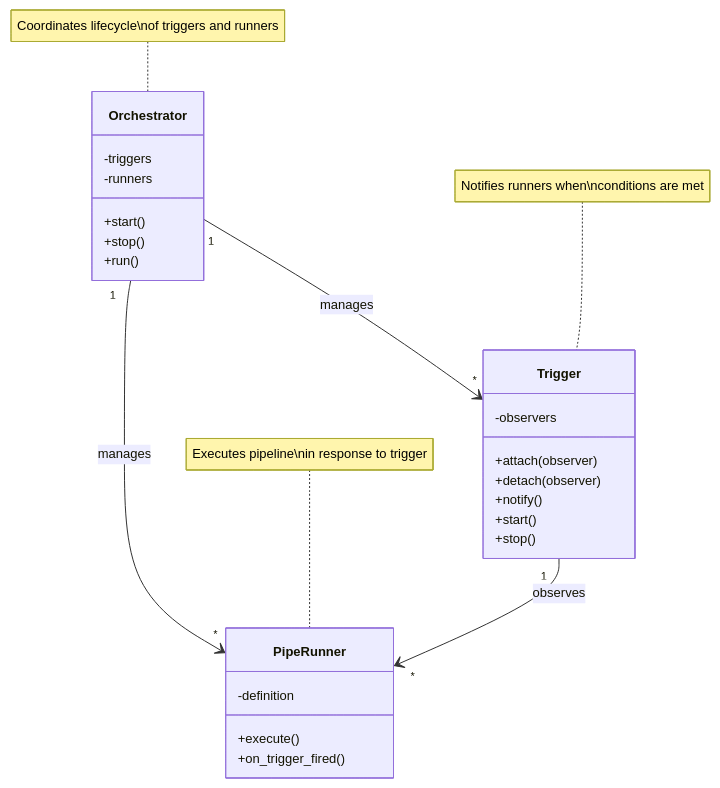
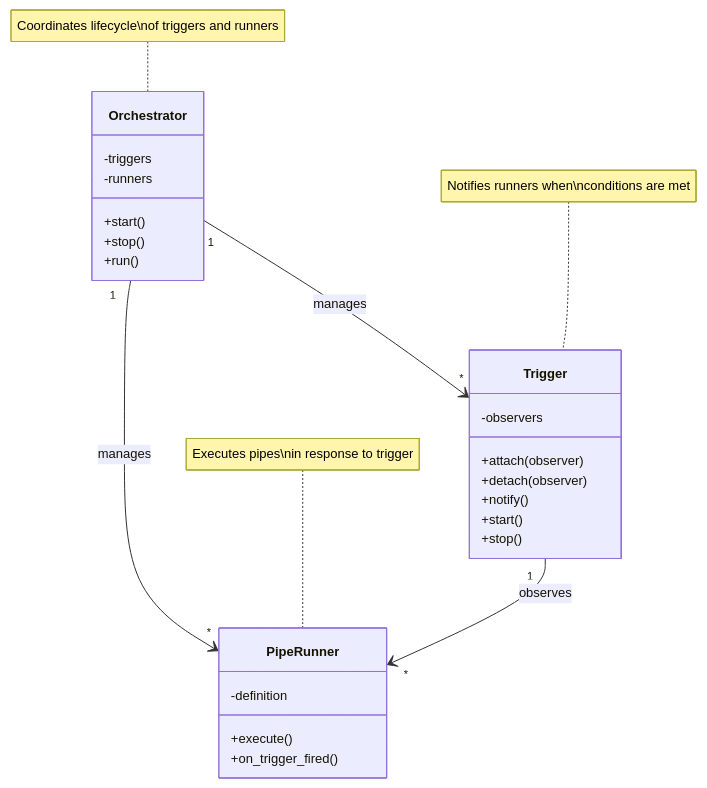
The diagram in docs/docs_src/en/concepts/orchestrator.md (Softoft-Orga/open-ticket-ai), drawn with Mermaid before and after one commit. The commit also changed other lines of this file and 37 other files, not shown here.

Commit message:
refactor: rename pipeline and renderable modules to pipes, update related imports

````diff
--- a/docs/docs_src/en/concepts/orchestrator.md
+++ b/docs/docs_src/en/concepts/orchestrator.md
@@ -30,40 +30,39 @@
 ```mermaid
 %%{init: {
   "classDiagram": { "layout": "elk", "useMaxWidth": false },
   "elk": { "spacing": { "nodeNode": 25, "nodeNodeBetweenLayers": 30 } },
   "themeVariables": { "fontSize": "13px" }
 }}%%
 classDiagram
-direction TD
+    direction TD
 
-  class Orchestrator {
-    +start()
-    +stop()
-    +run()
-    -triggers
-    -runners
-  }
-  
-  class Trigger {
-    +attach(observer)
-    +detach(observer)
-    +notify()
-    +start()
-    +stop()
-    -observers
-  }
-  
-  class PipeRunner {
-    +execute()
-    +on_trigger_fired()
-    -definition
-  }
+    class Orchestrator {
+        +start()
+        +stop()
+        +run()
+        -triggers
+        -runners
+    }
 
-  Orchestrator "1" --> "*" Trigger : manages
-  Orchestrator "1" --> "*" PipeRunner : manages
-  Trigger "1" --> "*" PipeRunner : observes
-  
-  note for Orchestrator "Coordinates lifecycle\nof triggers and runners"
-  note for Trigger "Notifies runners when\nconditions are met"
-  note for PipeRunner "Executes pipeline\nin response to trigger"
+    class Trigger {
+        +attach(observer)
+        +detach(observer)
+        +notify()
+        +start()
+        +stop()
+        -observers
+    }
+
+    class PipeRunner {
+        +execute()
+        +on_trigger_fired()
+        -definition
+    }
+
+    Orchestrator "1" --> "*" Trigger: manages
+    Orchestrator "1" --> "*" PipeRunner: manages
+    Trigger "1" --> "*" PipeRunner: observes
+    note for Orchestrator "Coordinates lifecycle\nof triggers and runners"
+    note for Trigger "Notifies runners when\nconditions are met"
+    note for PipeRunner "Executes pipes\nin response to trigger"
 ```
````
